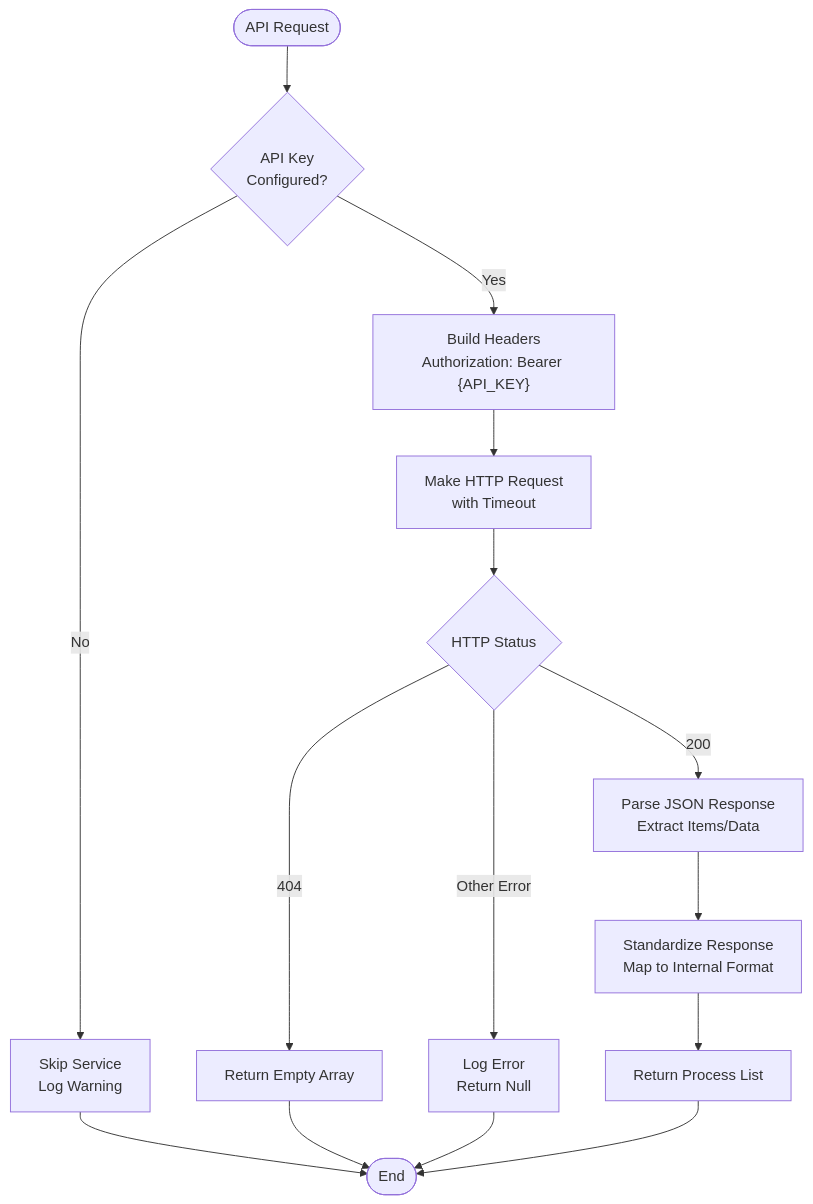
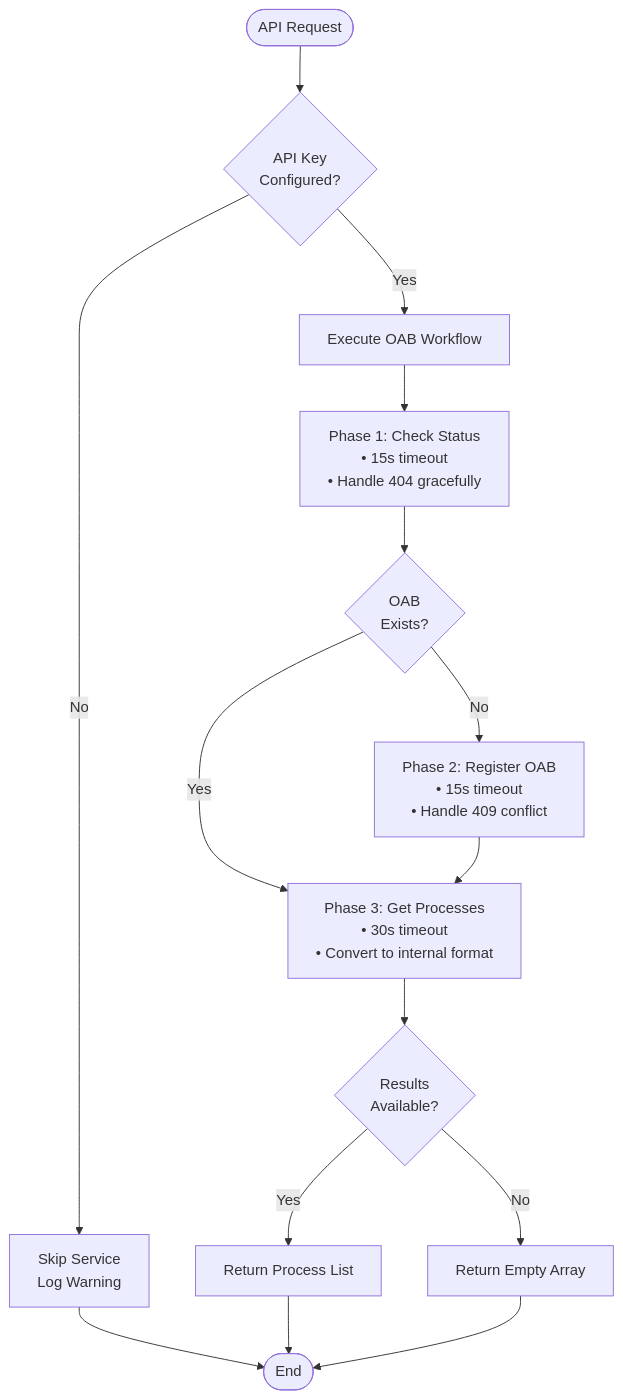
Before and after one commit to Alexandrexicara/bot-processos: diagram 12 of 20 in .qoder/repowiki/en/content/API Integration Layer/Premium Paid Service Integration.md, drawn with Mermaid. The commit also changed other lines of this file and 10 other files, not shown here.

````diff
--- a/.qoder/repowiki/en/content/API Integration Layer/Premium Paid Service Integration.md
+++ b/.qoder/repowiki/en/content/API Integration Layer/Premium Paid Service Integration.md
@@ -471,17 +518,17 @@
 ```mermaid
 flowchart TD
 Start([API Request]) --> CheckAPIKey{"API Key<br/>Configured?"}
-CheckAPIKey --> |No| SkipRequest["Skip Service<br/>Log Warning"]
-CheckAPIKey --> |Yes| BuildHeaders["Build Headers<br/>Authorization: Bearer {API_KEY}"]
-BuildHeaders --> MakeRequest["Make HTTP Request<br/>with Timeout"]
-MakeRequest --> HandleResponse{"HTTP Status"}
-HandleResponse --> |200| ParseResponse["Parse JSON Response<br/>Extract Items/Data"]
-HandleResponse --> |404| ReturnEmpty["Return Empty Array"]
-HandleResponse --> |Other Error| LogError["Log Error<br/>Return Null"]
-ParseResponse --> Standardize["Standardize Response<br/>Map to Internal Format"]
-Standardize --> ReturnResults["Return Process List"]
-SkipRequest --> End([End])
+CheckAPIKey --> |No| SkipService["Skip Service<br/>Log Warning"]
+CheckAPIKey --> |Yes| ExecutePhase["Execute OAB Workflow"]
+ExecutePhase --> Phase1["Phase 1: Check Status<br/>• 15s timeout<br/>• Handle 404 gracefully"]
+Phase1 --> Phase2{"OAB<br/>Exists?"}
+Phase2 --> |Yes| Phase3["Phase 3: Get Processes<br/>• 30s timeout<br/>• Convert to internal format"]
+Phase2 --> |No| Phase4["Phase 2: Register OAB<br/>• 15s timeout<br/>• Handle 409 conflict"]
+Phase4 --> Phase3
+Phase3 --> HandleResult{"Results<br/>Available?"}
+HandleResult --> |Yes| ReturnResults["Return Process List"]
+HandleResult --> |No| ReturnEmpty["Return Empty Array"]
+SkipService --> End([End])
+ReturnResults --> End
 ReturnEmpty --> End
-LogError --> End
-ReturnResults --> End
 ```
````
